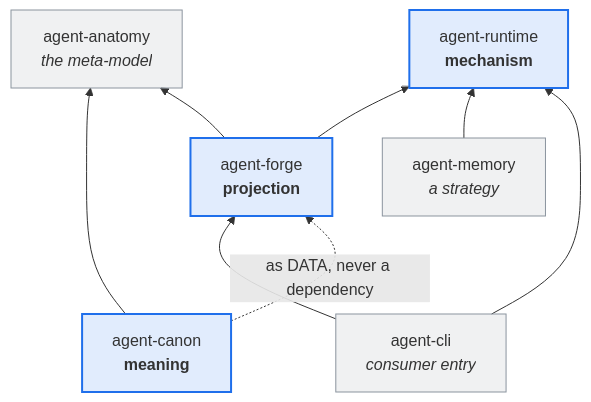
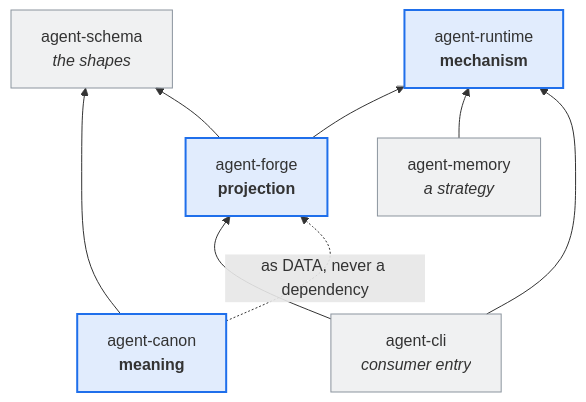
One commit to leclabs/cratylus changed the diagram in ARCHITECTURE.md. Above: the diagram before and after it, drawn with Mermaid. The commit also changed other lines of this file and 3 other files, not shown here.

````diff
--- a/ARCHITECTURE.md
+++ b/ARCHITECTURE.md
@@ -117,23 +125,23 @@
 ```mermaid
 graph BT
-    anatomy["agent-anatomy<br/><i>the meta-model</i>"]
+    schema["agent-schema<br/><i>the shapes</i>"]
     canon["agent-canon<br/><b>meaning</b>"]
     runtime["agent-runtime<br/><b>mechanism</b>"]
     forge["agent-forge<br/><b>projection</b>"]
     memory["agent-memory<br/><i>a strategy</i>"]
     cli["agent-cli<br/><i>consumer entry</i>"]
 
-    canon --> anatomy
-    forge --> anatomy
+    canon --> schema
+    forge --> schema
     forge --> runtime
     memory --> runtime
     cli --> forge
     cli --> runtime
 
     canon -. "as DATA, never a dependency" .-> forge
 
     classDef concern fill:#1f6feb22,stroke:#1f6feb,stroke-width:2px
     classDef support fill:#8b949e22,stroke:#8b949e
     class canon,runtime,forge concern
-    class anatomy,memory,cli support
+    class schema,memory,cli support
 ```
````
